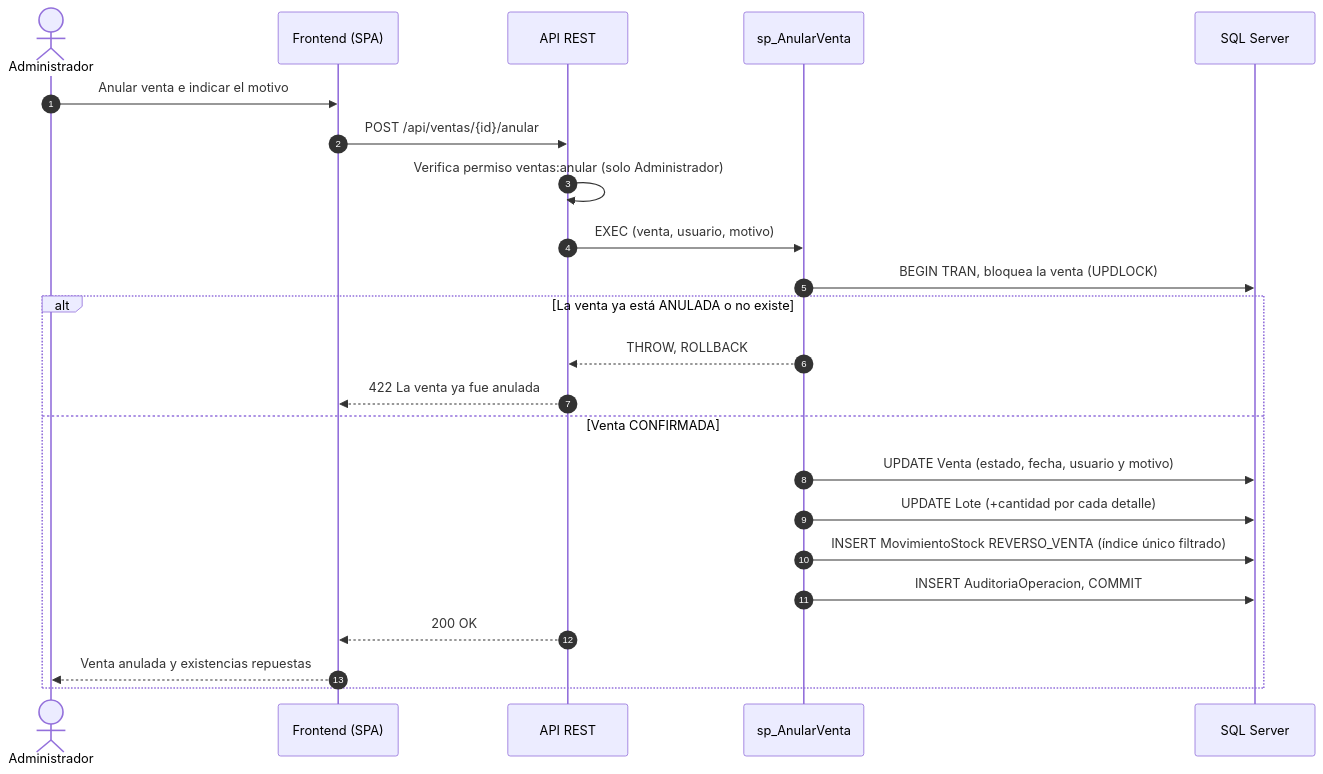
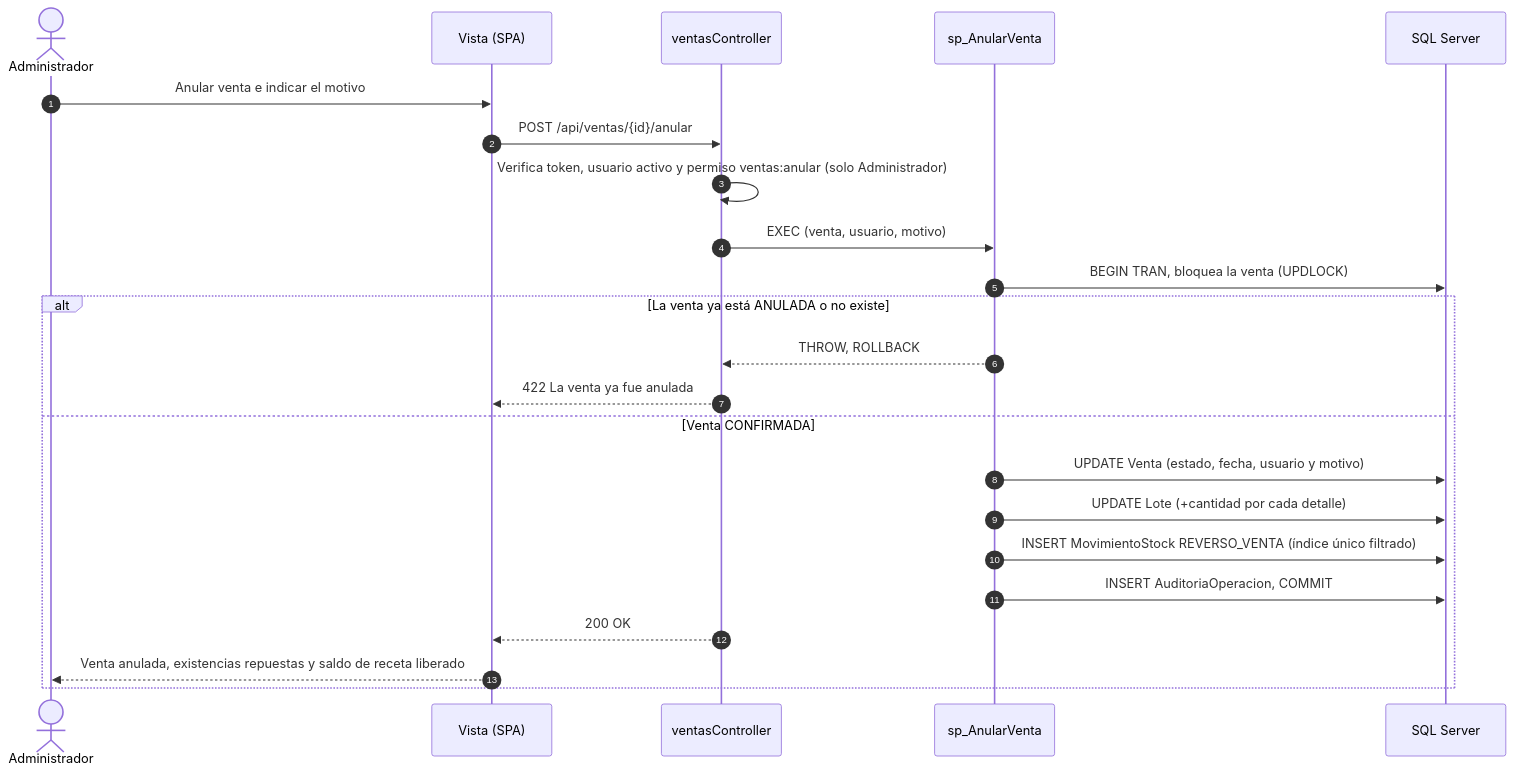
Before and after one commit to angelonavarroxd23-lab/Farma-Control: the diagram in docs/diagramas/src/sec_anulacion.mmd, drawn with Mermaid. The commit also changed 42 other files, not shown here.

```diff
--- a/docs/diagramas/src/sec_anulacion.mmd
+++ b/docs/diagramas/src/sec_anulacion.mmd
@@ -1,23 +1,23 @@
 sequenceDiagram
 autonumber
 actor A as Administrador
-participant UI as Frontend (SPA)
-participant API as API REST
+participant UI as Vista (SPA)
+participant API as ventasController
 participant SP as sp_AnularVenta
 participant DB as SQL Server
 A->>UI: Anular venta e indicar el motivo
 UI->>API: POST /api/ventas/{id}/anular
-API->>API: Verifica permiso ventas:anular (solo Administrador)
+API->>API: Verifica token, usuario activo y permiso ventas:anular (solo Administrador)
 API->>SP: EXEC (venta, usuario, motivo)
 SP->>DB: BEGIN TRAN, bloquea la venta (UPDLOCK)
 alt La venta ya está ANULADA o no existe
 SP-->>API: THROW, ROLLBACK
 API-->>UI: 422 La venta ya fue anulada
 else Venta CONFIRMADA
 SP->>DB: UPDATE Venta (estado, fecha, usuario y motivo)
 SP->>DB: UPDATE Lote (+cantidad por cada detalle)
 SP->>DB: INSERT MovimientoStock REVERSO_VENTA (índice único filtrado)
 SP->>DB: INSERT AuditoriaOperacion, COMMIT
 API-->>UI: 200 OK
-UI-->>A: Venta anulada y existencias repuestas
+UI-->>A: Venta anulada, existencias repuestas y saldo de receta liberado
 end
```
